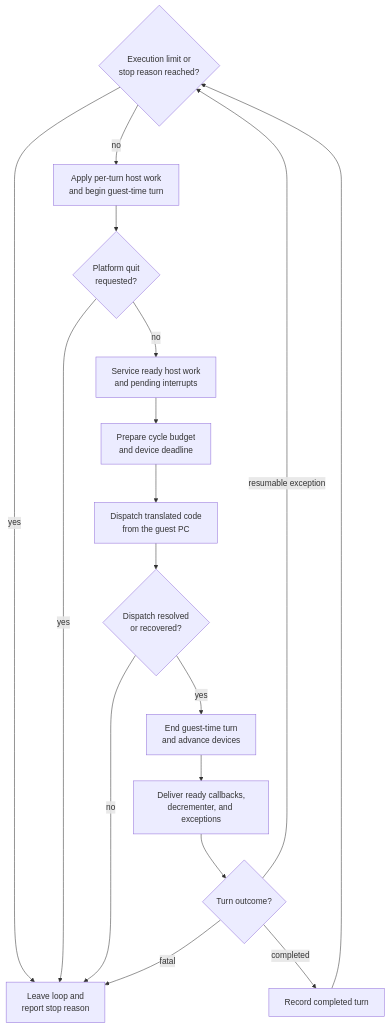
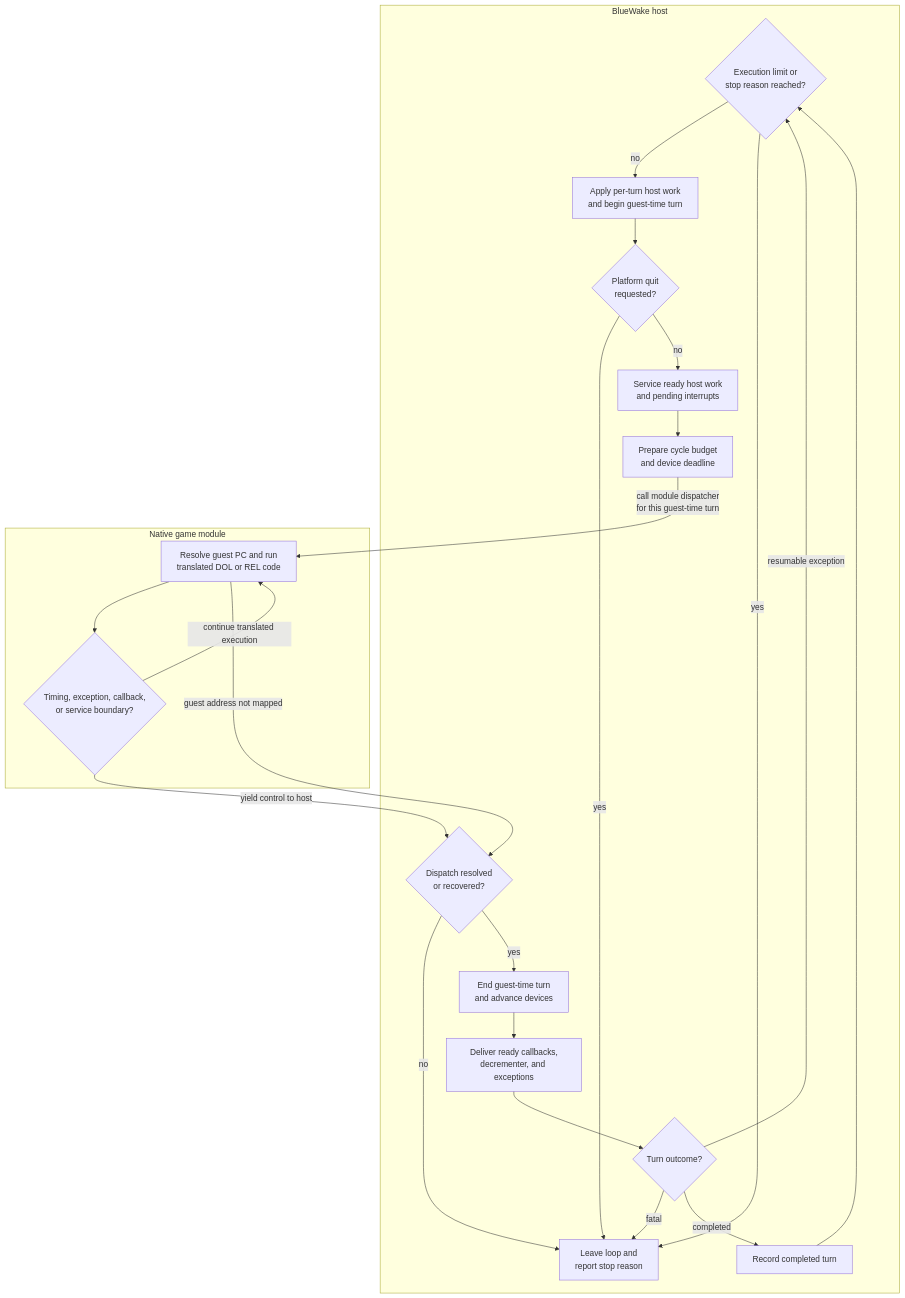
Before and after one commit to Aelbannan/boat_of_daphnes: the eighth of 8 diagrams in docs/architecture/runtime/Host.md, drawn with Mermaid. The commit also changed other lines of this file, not shown here.

Commit message:
docs: clarify main-loop module dispatch

````diff
--- a/docs/architecture/runtime/Host.md
+++ b/docs/architecture/runtime/Host.md
@@ -244,25 +244,36 @@
 ```mermaid
 flowchart TD
-    Check{"Execution limit or<br/>stop reason reached?"}
-    Turn["Apply per-turn host work<br/>and begin guest-time turn"]
-    Quit{"Platform quit<br/>requested?"}
-    Ready["Service ready host work<br/>and pending interrupts"]
-    Budget["Prepare cycle budget<br/>and device deadline"]
-    Dispatch["Dispatch translated code<br/>from the guest PC"]
-    Mapped{"Dispatch resolved<br/>or recovered?"}
-    End["End guest-time turn<br/>and advance devices"]
-    Events["Deliver ready callbacks,<br/>decrementer, and exceptions"]
-    Outcome{"Turn outcome?"}
-    Record["Record completed turn"]
-    Stop["Leave loop and<br/>report stop reason"]
+    subgraph Host["BlueWake host"]
+        Check{"Execution limit or<br/>stop reason reached?"}
+        Turn["Apply per-turn host work<br/>and begin guest-time turn"]
+        Quit{"Platform quit<br/>requested?"}
+        Ready["Service ready host work<br/>and pending interrupts"]
+        Budget["Prepare cycle budget<br/>and device deadline"]
+        Mapped{"Dispatch resolved<br/>or recovered?"}
+        End["End guest-time turn<br/>and advance devices"]
+        Events["Deliver ready callbacks,<br/>decrementer, and exceptions"]
+        Outcome{"Turn outcome?"}
+        Record["Record completed turn"]
+        Stop["Leave loop and<br/>report stop reason"]
+    end
+
+    subgraph Module["Native game module"]
+        Dispatch["Resolve guest PC and run<br/>translated DOL or REL code"]
+        Boundary{"Timing, exception, callback,<br/>or service boundary?"}
+        Dispatch --> Boundary
+        Boundary -->|"continue translated execution"| Dispatch
+    end
 
     Check -->|"no"| Turn --> Quit
     Check -->|"yes"| Stop
     Quit -->|"yes"| Stop
-    Quit -->|"no"| Ready --> Budget --> Dispatch --> Mapped
+    Quit -->|"no"| Ready --> Budget
+    Budget -->|"call module dispatcher<br/>for this guest-time turn"| Dispatch
+    Dispatch -->|"guest address not mapped"| Mapped
+    Boundary -->|"yield control to host"| Mapped
     Mapped -->|"no"| Stop
     Mapped -->|"yes"| End --> Events --> Outcome
     Outcome -->|"fatal"| Stop
     Outcome -->|"resumable exception"| Check
     Outcome -->|"completed"| Record --> Check
 ```
````
